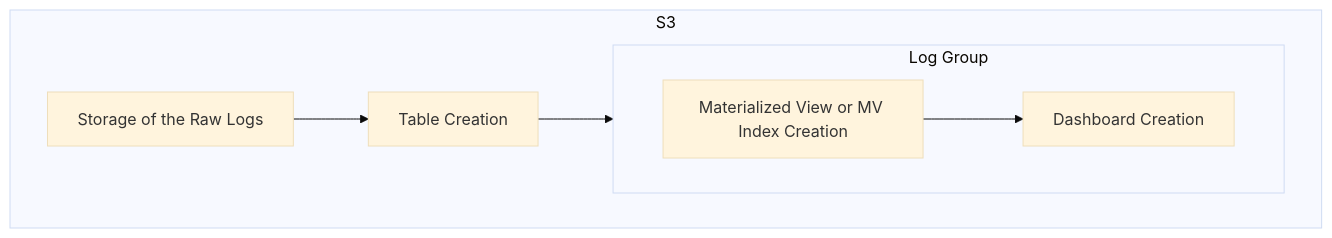
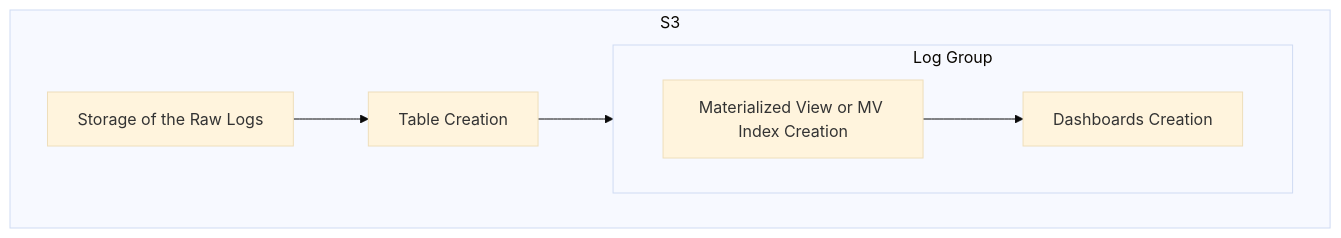
The diagram in docs/sop-integration-setup.md (RyanL1997/nexus-opensearch-catalog), drawn with Mermaid (base theme) before and after one commit. The commit also changed other lines of this file and 7 other files, not shown here.

````diff
--- a/docs/sop-integration-setup.md
+++ b/docs/sop-integration-setup.md
@@ -16,12 +16,12 @@
 ```mermaid
 flowchart LR
   subgraph S3[S3]
     direction LR
     A[Storage of the Raw Logs] --> B[Table Creation]
     B --> C[Materialized View or MV Index Creation]
     subgraph LogGroup[Log Group]
       direction LR
-      C --> D[Dashboard Creation]
+      C --> D[Dashboards Creation]
     end
   end
 ```
````
